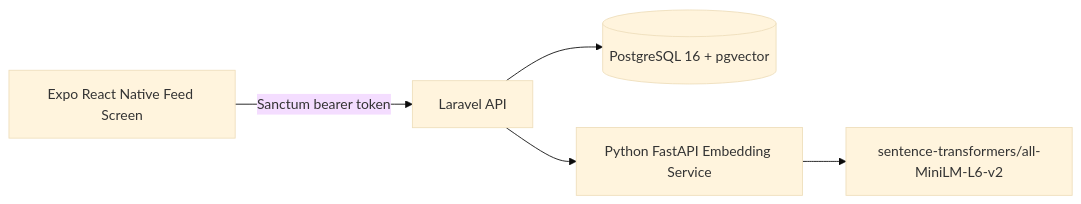
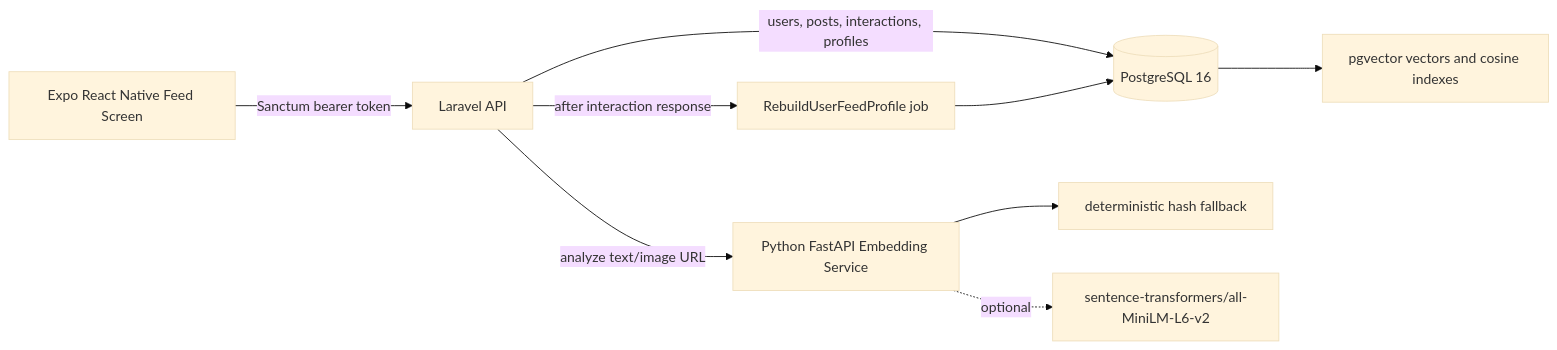
Before and after one commit to AbhinavSivanandhan/GuisedUpAssignment: the first of 2 diagrams in docs/TSD.md, drawn with Mermaid (base theme). The commit also changed other lines of this file and 143 other files, not shown here.

````diff
--- a/docs/TSD.md
+++ b/docs/TSD.md
@@ -39,7 +38,11 @@
 ```mermaid
 flowchart LR
   Mobile[Expo React Native Feed Screen] -->|Sanctum bearer token| Laravel[Laravel API]
-  Laravel --> Postgres[(PostgreSQL 16 + pgvector)]
-  Laravel --> Python[Python FastAPI Embedding Service]
-  Python --> Model[sentence-transformers/all-MiniLM-L6-v2]
+  Laravel -->|users, posts, interactions, profiles| Postgres[(PostgreSQL 16)]
+  Postgres --> Pgvector[pgvector vectors and cosine indexes]
+  Laravel -->|analyze text/image URL| Python[Python FastAPI Embedding Service]
+  Python --> Fallback[deterministic hash fallback]
+  Python -. optional .-> Model[sentence-transformers/all-MiniLM-L6-v2]
+  Laravel -->|after interaction response| Job[RebuildUserFeedProfile job]
+  Job --> Postgres
 ```
````
